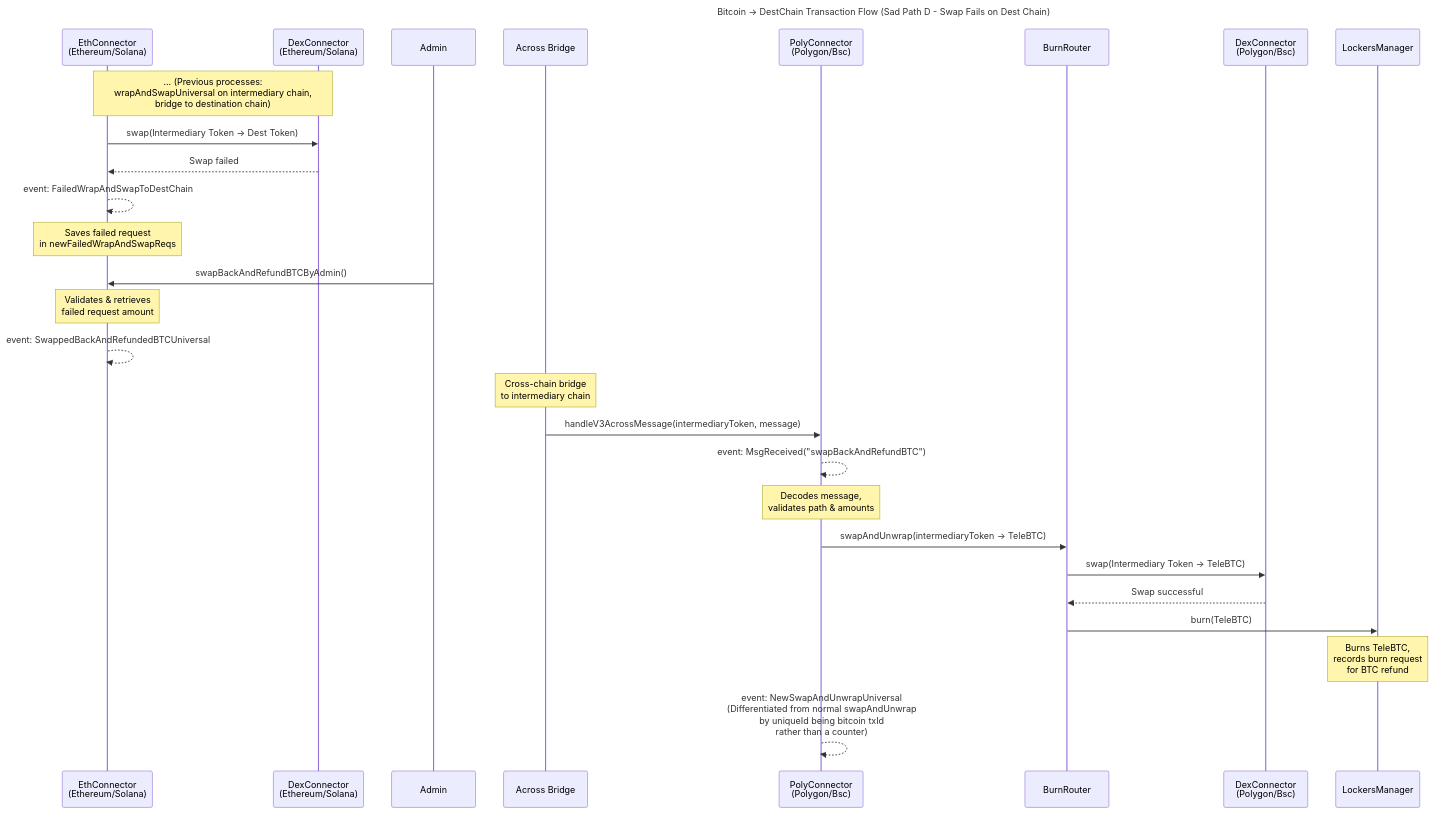
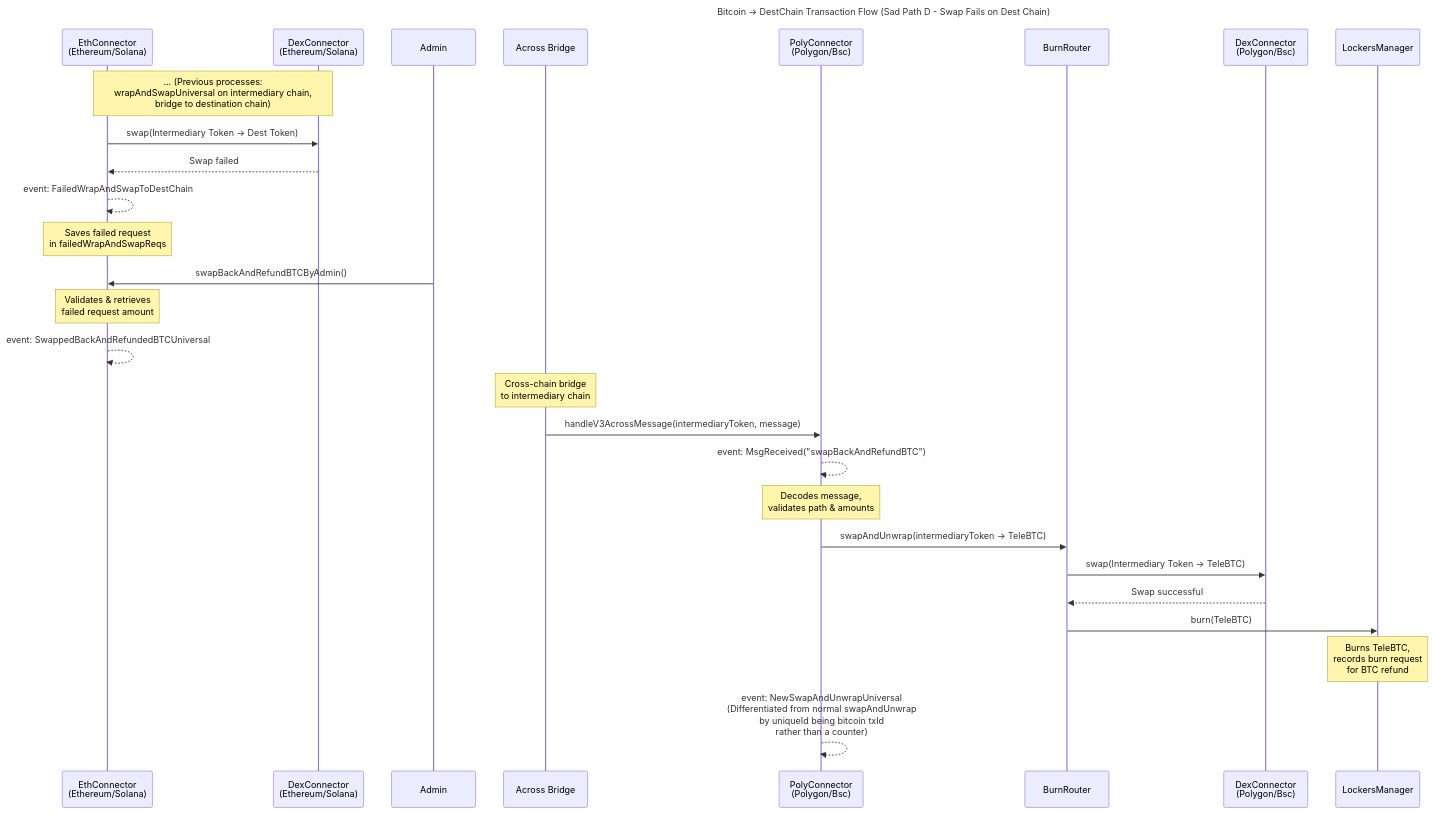
One commit to TeleportDAO/teleswap-contracts-evm changed the second of 5 diagrams in docs/universal-router-diagrams.md. Above: the diagram before and after it, drawn with Mermaid. The commit also changed other lines of this file and 5 other files, not shown here.

First line of the commit message:
refactor: rename failed request mappings for clarity

````diff
--- a/docs/universal-router-diagrams.md
+++ b/docs/universal-router-diagrams.md
@@ -67,34 +67,34 @@
 ```mermaid
 sequenceDiagram
   title Bitcoin → DestChain Transaction Flow (Sad Path D - Swap Fails on Dest Chain)
   participant EthConnector as EthConnector<br/>(Ethereum/Solana)
   participant DexConnectorDest as DexConnector<br/>(Ethereum/Solana)
   participant Admin as Admin
   participant Across as Across Bridge
   participant PolyConnector as PolyConnector<br/>(Polygon/Bsc)
   participant BurnRouter as BurnRouter
   participant DexConnectorPoly as DexConnector<br/>(Polygon/Bsc)
   participant LockersManager as LockersManager
 
   Note over EthConnector,DexConnectorDest: ... (Previous processes:<br/>wrapAndSwapUniversal on intermediary chain,<br/>bridge to destination chain)
 
   EthConnector->>DexConnectorDest: swap(Intermediary Token → Dest Token)
   DexConnectorDest-->>EthConnector: Swap failed
   EthConnector-->>EthConnector: event: FailedWrapAndSwapToDestChain
-  Note over EthConnector: Saves failed request<br/>in newFailedWrapAndSwapReqs
+  Note over EthConnector: Saves failed request<br/>in failedWrapAndSwapReqs
 
   Admin->>EthConnector: swapBackAndRefundBTCByAdmin()
   Note over EthConnector: Validates & retrieves<br/>failed request amount
   EthConnector-->>EthConnector: event: SwappedBackAndRefundedBTCUniversal
   Note over Across: Cross-chain bridge<br/>to intermediary chain
 
   Across->>PolyConnector: handleV3AcrossMessage(intermediaryToken, message)
   PolyConnector-->>PolyConnector: event: MsgReceived("swapBackAndRefundBTC")
   Note over PolyConnector: Decodes message,<br/>validates path & amounts
   PolyConnector->>BurnRouter: swapAndUnwrap(intermediaryToken → TeleBTC)
   BurnRouter->>DexConnectorPoly: swap(Intermediary Token → TeleBTC)
   DexConnectorPoly-->>BurnRouter: Swap successful
   BurnRouter->>LockersManager: burn(TeleBTC)
   Note over LockersManager: Burns TeleBTC,<br/>records burn request<br/>for BTC refund
   PolyConnector-->>PolyConnector: event: NewSwapAndUnwrapUniversal<br/>(Differentiated from normal swapAndUnwrap<br/>by uniqueId being bitcoin txId<br/>rather than a counter)
 ```
````
